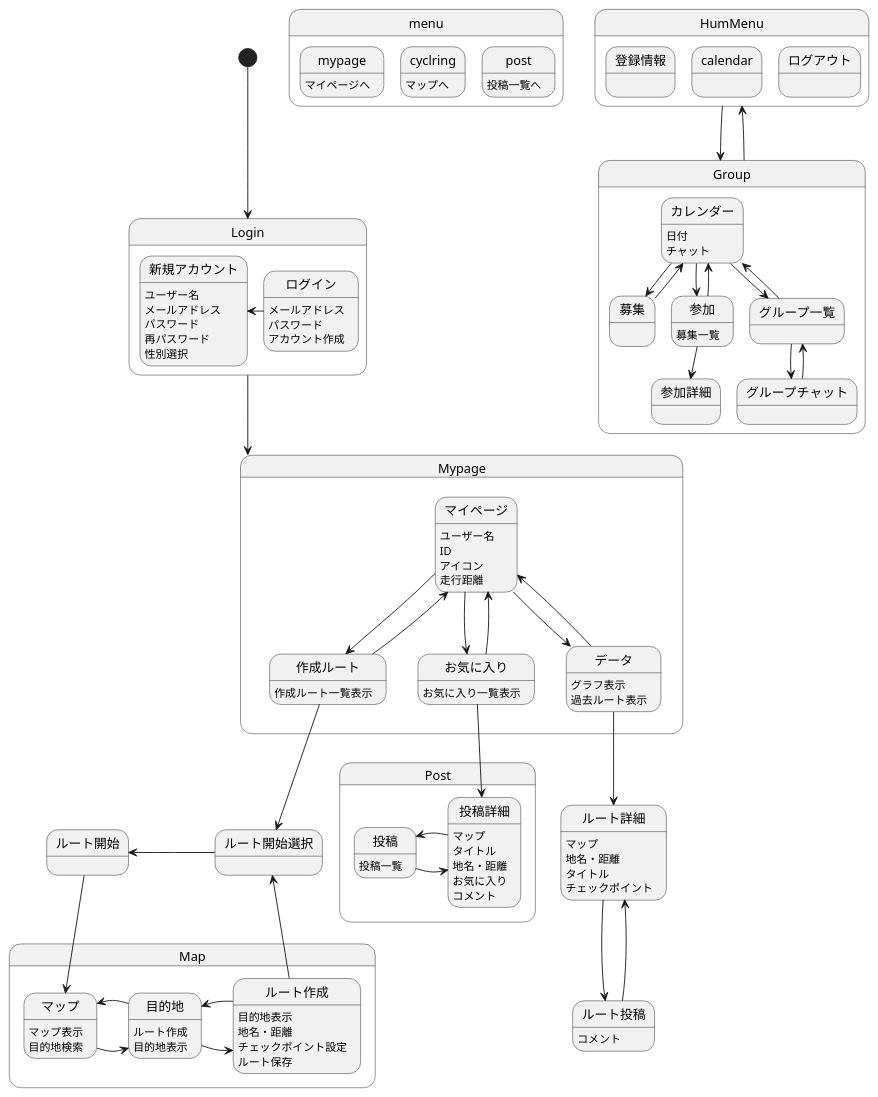
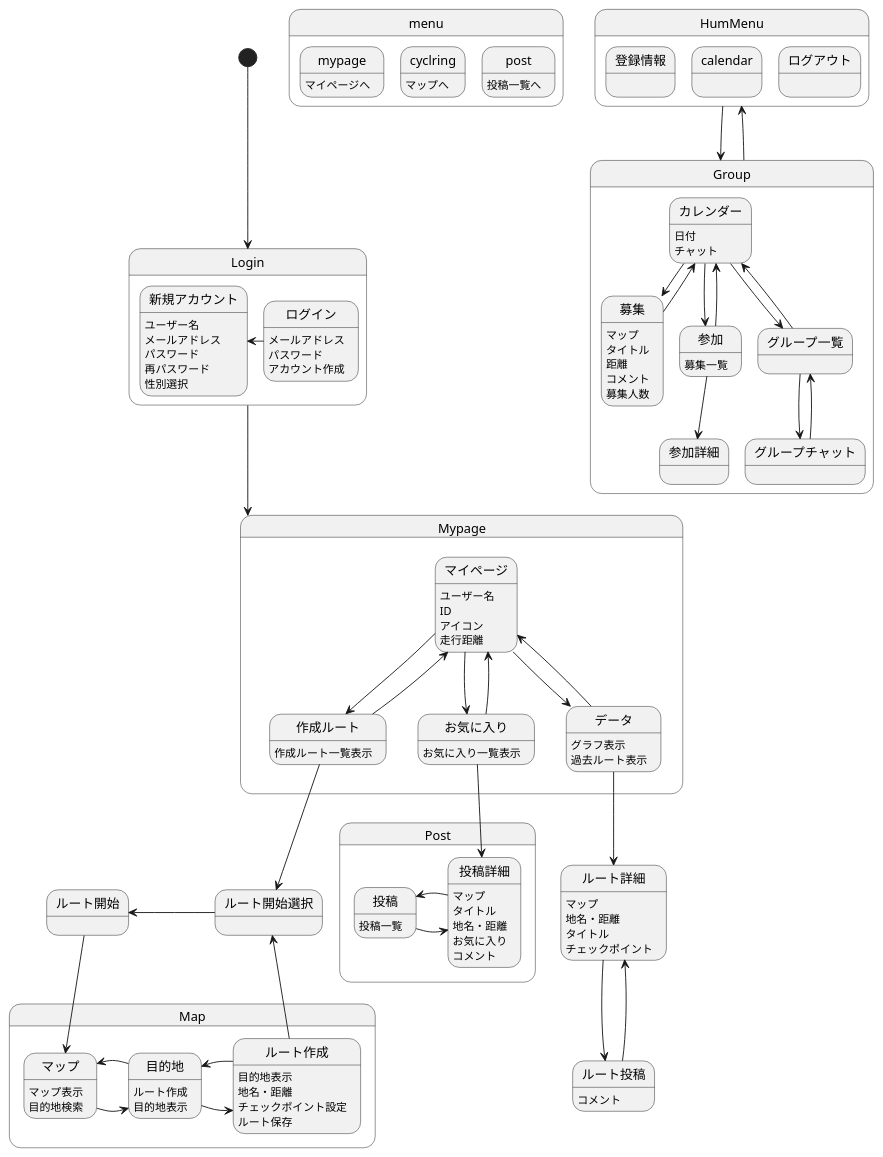
One commit to AsoSD3A3/CyclingSystem changed the diagram in 画面遷移図/gm.md. Above: the diagram before and after it, drawn with PlantUML.

```diff
--- a/画面遷移図/gm.md
+++ b/画面遷移図/gm.md
@@ -27,7 +27,11 @@
 グループチャット-->グループ一覧
 募集-->カレンダー
 参加-->カレンダー
-募集:
+募集:マップ
+募集:タイトル
+募集:距離
+募集:コメント
+募集:募集人数
 参加:募集一覧
 参加-->参加詳細
 }
```
